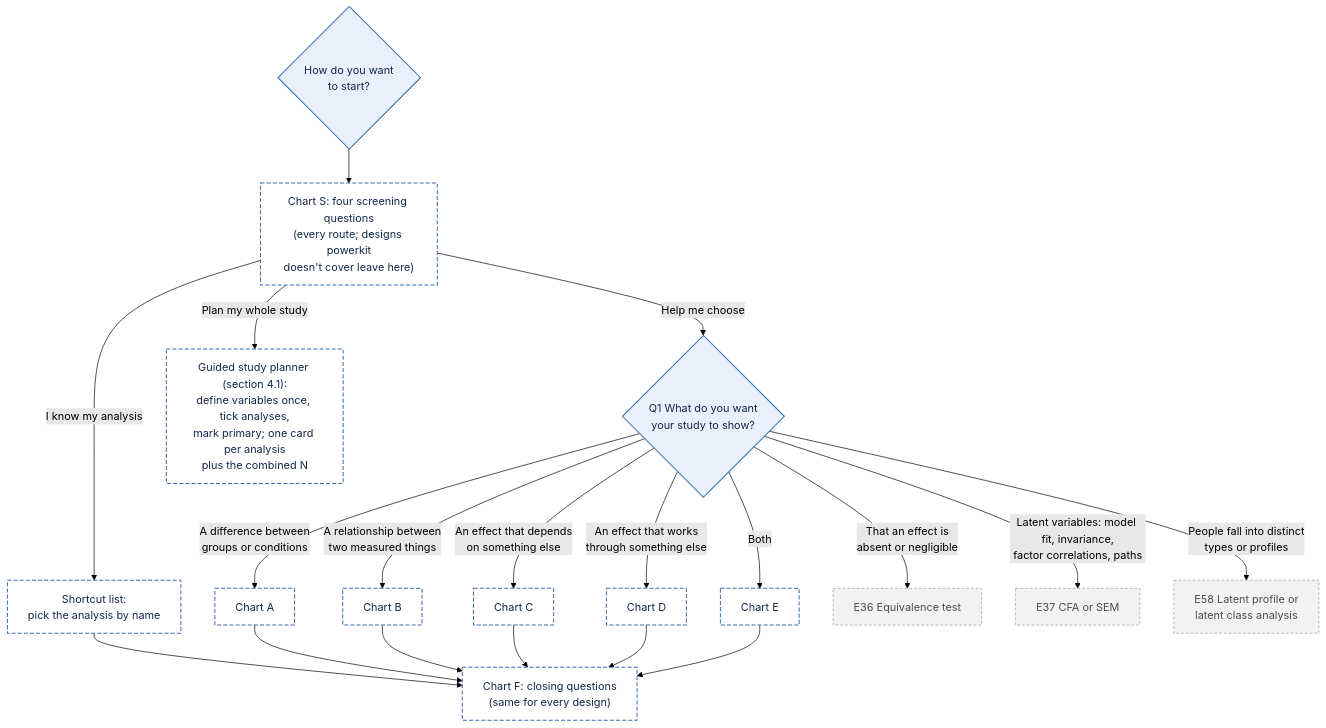
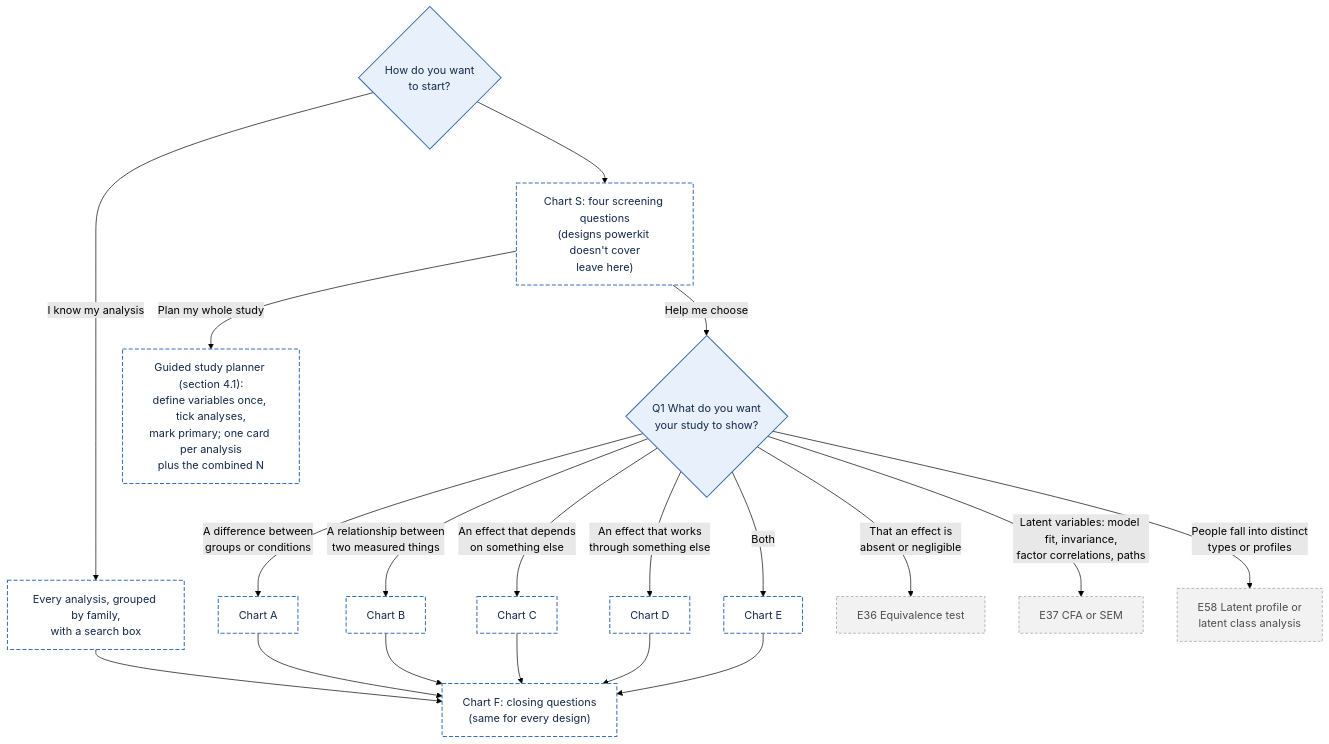
One commit to JoelThornton/Powerkit changed the second of 11 diagrams in docs/decision-tree.md. Above: the diagram before and after it, drawn with Mermaid (forest theme). The commit also changed other lines of this file and 9 other files, not shown here.

First line of the commit message:
List every analysis by family, with a search box, under "I know my analysis"

````diff
--- a/docs/decision-tree.md
+++ b/docs/decision-tree.md
@@ -273,30 +276,30 @@
 ```mermaid
 flowchart TD
   S0{"How do you want<br/>to start?"}
-  S0 --> SCR["Chart S: four screening questions<br/>(every route; designs powerkit<br/>doesn't cover leave here)"]
-  SCR -->|I know my analysis| SC["Shortcut list:<br/>pick the analysis by name"]
+  S0 -->|I know my analysis| SC["Every analysis, grouped by family,<br/>with a search box"]
+  S0 --> SCR["Chart S: four screening questions<br/>(designs powerkit doesn't cover<br/>leave here)"]
   SCR -->|Help me choose| Q1{"Q1 What do you want<br/>your study to show?"}
   SCR -->|Plan my whole study| G["Guided study planner (section 4.1):<br/>define variables once, tick analyses,<br/>mark primary; one card per analysis<br/>plus the combined N"]
   Q1 -->|A difference between<br/>groups or conditions| A["Chart A"]
   Q1 -->|A relationship between<br/>two measured things| B["Chart B"]
   Q1 -->|An effect that depends<br/>on something else| C["Chart C"]
   Q1 -->|An effect that works<br/>through something else| D["Chart D"]
   Q1 -->|Both| E["Chart E"]
   Q1 -->|That an effect is<br/>absent or negligible| E36["E36 Equivalence test"]
   Q1 -->|Latent variables: model fit, invariance,<br/>factor correlations, paths| E37["E37 CFA or SEM"]
   Q1 -->|People fall into distinct<br/>types or profiles| E58["E58 Latent profile or<br/>latent class analysis"]
   SC --> F["Chart F: closing questions<br/>(same for every design)"]
   A --> F
   B --> F
   C --> F
   D --> F
   E --> F
   class S0,Q1 q
   class SC,SCR,A,B,C,D,E,F,G jump
   class E36,E37,E58 later
   classDef q fill:#E8F0FB,stroke:#3B6FB6,color:#14284B,stroke-width:1.5px
   classDef avail fill:#DDF2E3,stroke:#2E7D4F,color:#123D24,stroke-width:1.5px
   classDef spec fill:#FFF0D1,stroke:#B97A00,color:#4A3200,stroke-width:1.5px
   classDef later fill:#F2F2F2,stroke:#9A9A9A,color:#4D4D4D,stroke-width:1px,stroke-dasharray:4 3
   classDef jump fill:#FFFFFF,stroke:#3B6FB6,color:#14284B,stroke-width:1.5px,stroke-dasharray:6 3
 ```
````
